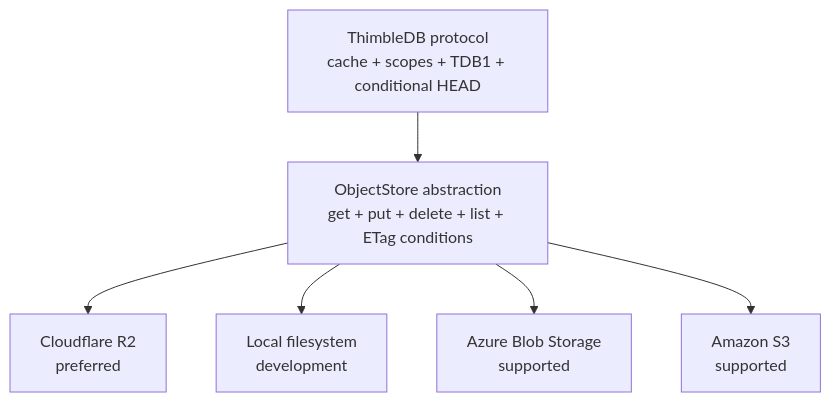
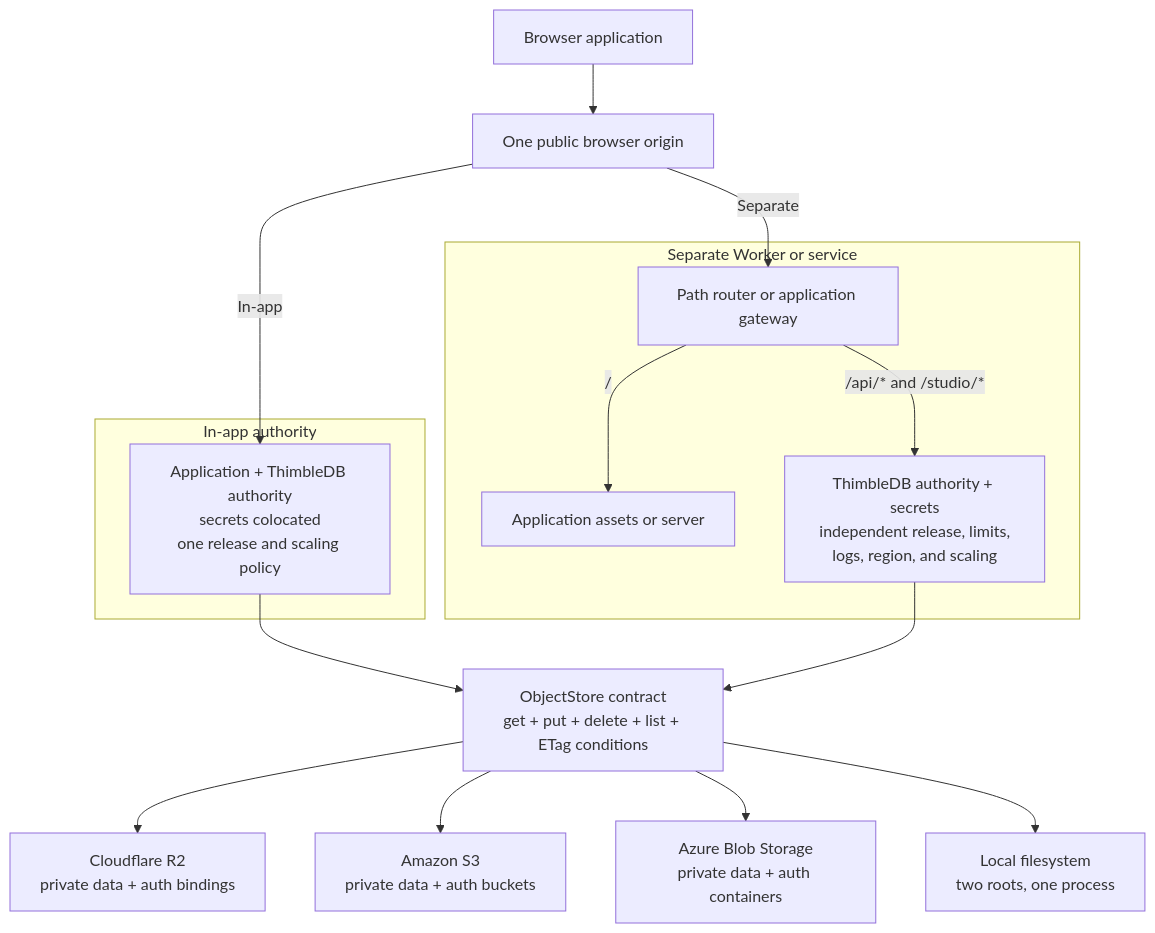
Before and after one commit to Jason-Doyle/thimble: the fourth of 4 diagrams in README.md, drawn with Mermaid. The commit also changed other lines of this file and 44 other files, not shown here.

Commit message:
Document authority topologies and render diagrams

````diff
--- a/README.md
+++ b/README.md
@@ -61,11 +134,27 @@
 ```mermaid
 flowchart TB
-  Engine["ThimbleDB protocol<br/>cache + scopes + TDB1 + conditional HEAD"]
-  Contract["ObjectStore abstraction<br/>get + put + delete + list + ETag conditions"]
+  Browser["Browser application"] --> Origin["One public browser origin"]
 
-  Engine --> Contract
-  Contract --> R2["Cloudflare R2<br/>preferred"]
-  Contract --> Local["Local filesystem<br/>development"]
-  Contract --> Azure["Azure Blob Storage<br/>supported"]
-  Contract --> S3["Amazon S3<br/>supported"]
+  subgraph InApp["In-app authority"]
+    Combined["Application + ThimbleDB authority<br/>secrets colocated<br/>one release and scaling policy"]
+  end
+
+  subgraph Separate["Separate Worker or service"]
+    Router["Path router or application gateway"]
+    Application["Application assets or server"]
+    Authority["ThimbleDB authority + secrets<br/>independent release, limits,<br/>logs, region, and scaling"]
+    Router -- "/" --> Application
+    Router -- "/api/* and /studio/*" --> Authority
+  end
+
+  Origin -- "In-app" --> Combined
+  Origin -- "Separate" --> Router
+
+  Combined --> Contract["ObjectStore contract<br/>get + put + delete + list + ETag conditions"]
+  Authority --> Contract
+
+  Contract --> R2["Cloudflare R2<br/>private data + auth bindings"]
+  Contract --> S3["Amazon S3<br/>private data + auth buckets"]
+  Contract --> Azure["Azure Blob Storage<br/>private data + auth containers"]
+  Contract --> Local["Local filesystem<br/>two roots, one process"]
 ```
````
